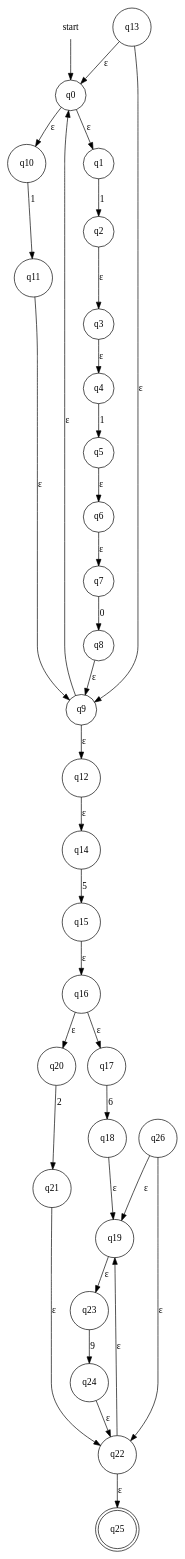
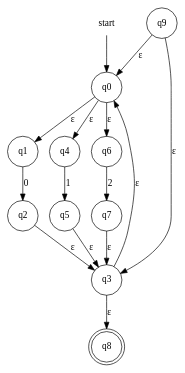
One commit to evertheylen/TA_TO changed the diagram in fase1/RE-eNFA/regex_13.dot. Above: the diagram before and after it, drawn with Graphviz. The commit also changed 19 other files, not shown here.

```diff
--- a/fase1/RE-eNFA/regex_13.dot
+++ b/fase1/RE-eNFA/regex_13.dot
@@ -1,38 +1,19 @@
 digraph automaton {
     node [shape=none]; start;
-    node [shape=doublecircle]; "q25";
+    node [shape=doublecircle]; "q8";
     node [shape=circle];
     start -> "q0";
     "q0" -> "q1" [label="&epsilon;"];
-    "q0" -> "q10" [label="&epsilon;"];
-    "q1" -> "q2" [label="1"];
+    "q0" -> "q4" [label="&epsilon;"];
+    "q0" -> "q6" [label="&epsilon;"];
+    "q1" -> "q2" [label="0"];
     "q2" -> "q3" [label="&epsilon;"];
-    "q3" -> "q4" [label="&epsilon;"];
+    "q3" -> "q0" [label="&epsilon;"];
+    "q3" -> "q8" [label="&epsilon;"];
     "q4" -> "q5" [label="1"];
-    "q5" -> "q6" [label="&epsilon;"];
-    "q6" -> "q7" [label="&epsilon;"];
-    "q7" -> "q8" [label="0"];
-    "q8" -> "q9" [label="&epsilon;"];
+    "q5" -> "q3" [label="&epsilon;"];
+    "q6" -> "q7" [label="2"];
+    "q7" -> "q3" [label="&epsilon;"];
     "q9" -> "q0" [label="&epsilon;"];
-    "q9" -> "q12" [label="&epsilon;"];
-    "q10" -> "q11" [label="1"];
-    "q11" -> "q9" [label="&epsilon;"];
-    "q12" -> "q14" [label="&epsilon;"];
-    "q13" -> "q0" [label="&epsilon;"];
-    "q13" -> "q9" [label="&epsilon;"];
-    "q14" -> "q15" [label="5"];
-    "q15" -> "q16" [label="&epsilon;"];
-    "q16" -> "q17" [label="&epsilon;"];
-    "q16" -> "q20" [label="&epsilon;"];
-    "q17" -> "q18" [label="6"];
-    "q18" -> "q19" [label="&epsilon;"];
-    "q19" -> "q23" [label="&epsilon;"];
-    "q20" -> "q21" [label="2"];
-    "q21" -> "q22" [label="&epsilon;"];
-    "q22" -> "q19" [label="&epsilon;"];
-    "q22" -> "q25" [label="&epsilon;"];
-    "q23" -> "q24" [label="9"];
-    "q24" -> "q22" [label="&epsilon;"];
-    "q26" -> "q19" [label="&epsilon;"];
-    "q26" -> "q22" [label="&epsilon;"];
+    "q9" -> "q3" [label="&epsilon;"];
 }
```
